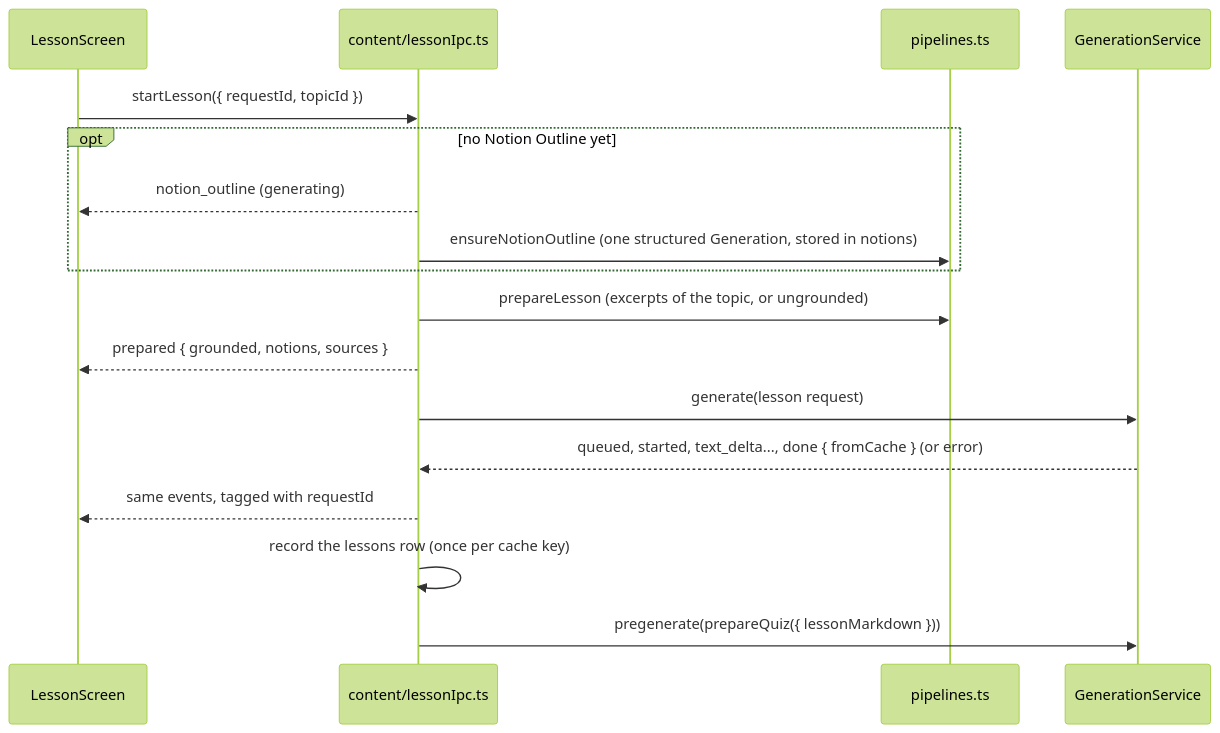
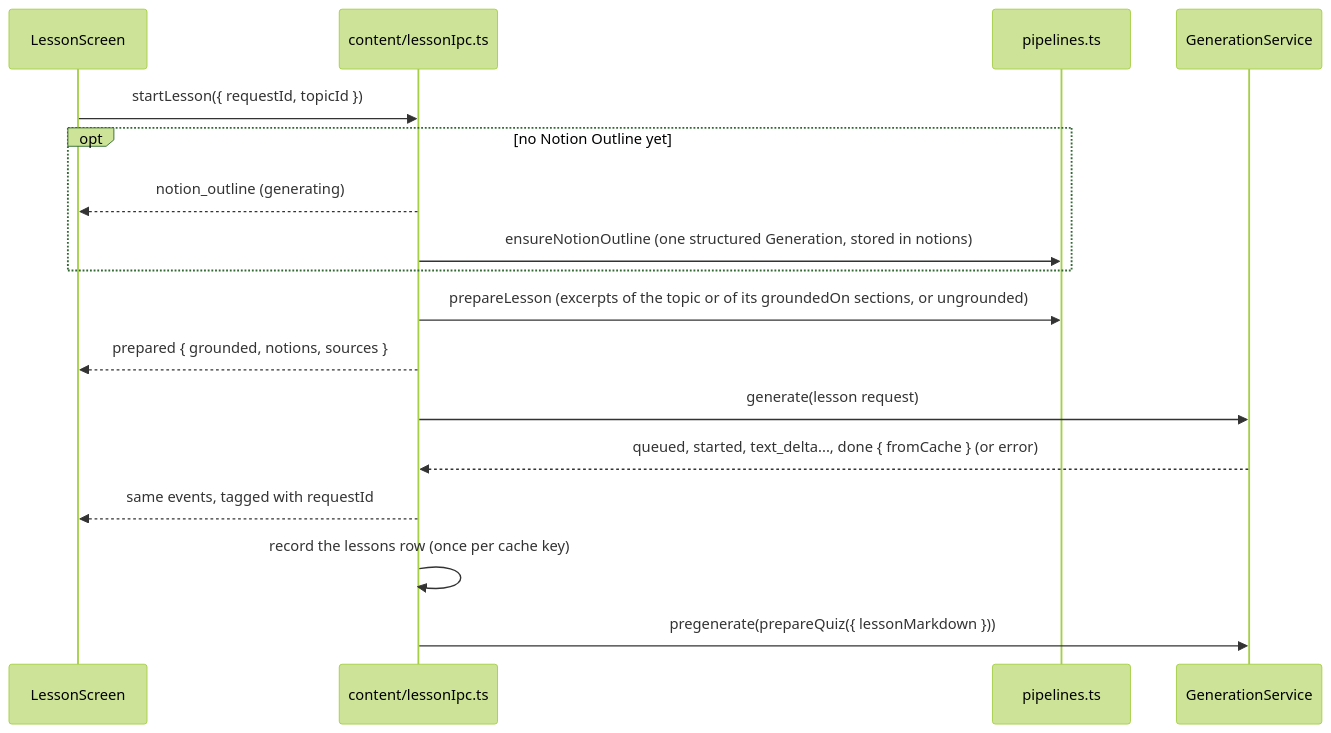
Before and after one commit to jbclaramonte/system-design-from-scratch: the diagram in docs/Lesson View.md, drawn with Mermaid (forest theme). The commit also changed other lines of this file and 124 other files, not shown here.

````diff
--- a/docs/Lesson View.md
+++ b/docs/Lesson View.md
@@ -22,20 +22,20 @@
 ```mermaid
 sequenceDiagram
   participant R as LessonScreen
   participant L as content/lessonIpc.ts
   participant P as pipelines.ts
   participant S as GenerationService
 
   R->>L: startLesson({ requestId, topicId })
   opt no Notion Outline yet
     L-->>R: notion_outline (generating)
     L->>P: ensureNotionOutline (one structured Generation, stored in notions)
   end
-  L->>P: prepareLesson (excerpts of the topic, or ungrounded)
+  L->>P: prepareLesson (excerpts of the topic or of its groundedOn sections, or ungrounded)
   L-->>R: prepared { grounded, notions, sources }
   L->>S: generate(lesson request)
   S-->>L: queued, started, text_delta..., done { fromCache } (or error)
   L-->>R: same events, tagged with requestId
   L->>L: record the lessons row (once per cache key)
   L->>S: pregenerate(prepareQuiz({ lessonMarkdown }))
 ```
````
